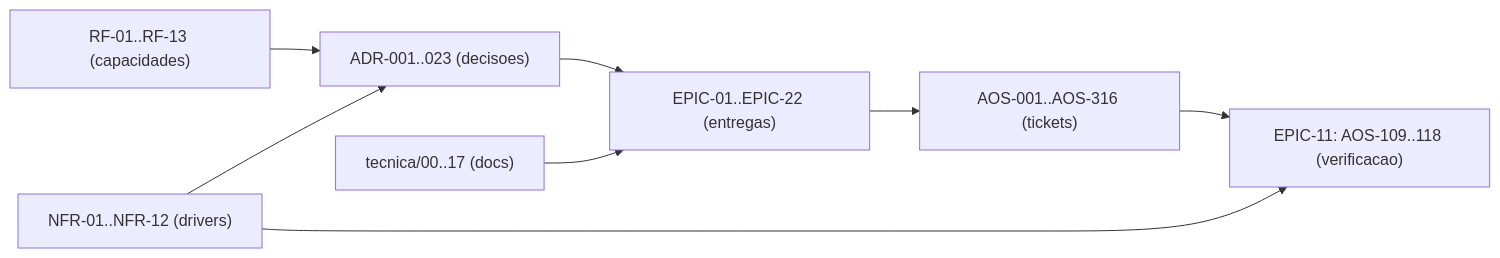
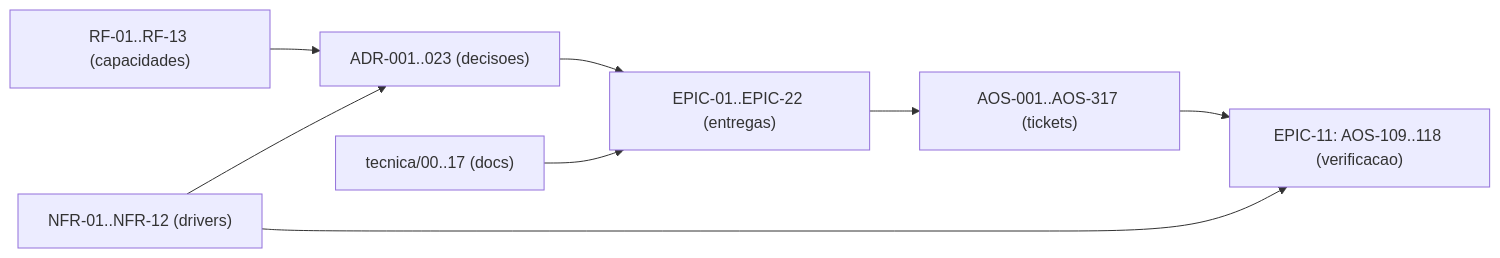
One commit to albinoJimy/aos changed the diagram in tecnica/16_Rastreabilidade_RTM.md. Above: the diagram before and after it, drawn with Mermaid. The commit also changed other lines of this file and 2 other files, not shown here.

First line of the commit message:
feat(EPIC-22): abrir AOS-317 — o eixo que faltava ao commit 0d62961

````diff
--- a/tecnica/16_Rastreabilidade_RTM.md
+++ b/tecnica/16_Rastreabilidade_RTM.md
@@ -178,10 +178,10 @@
 ```mermaid
 flowchart LR
     RF["RF-01..RF-13 (capacidades)"] --> ADR["ADR-001..023 (decisoes)"]
     NFR["NFR-01..NFR-12 (drivers)"] --> ADR
     ADR --> EPIC["EPIC-01..EPIC-22 (entregas)"]
-    EPIC --> TICK["AOS-001..AOS-316 (tickets)"]
+    EPIC --> TICK["AOS-001..AOS-317 (tickets)"]
     DOC["tecnica/00..17 (docs)"] --> EPIC
     TICK --> TEST["EPIC-11: AOS-109..118 (verificacao)"]
     NFR --> TEST
 ```
````
